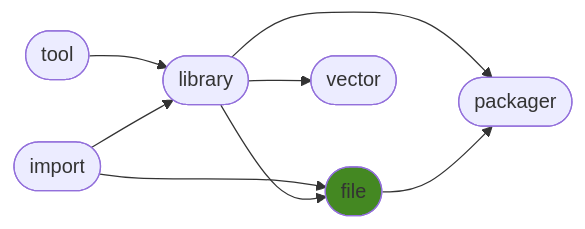
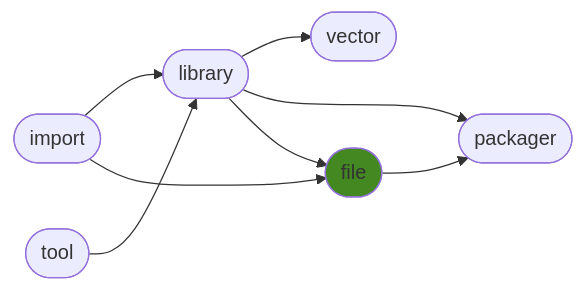
The diagram in README.md (ManderaGeneral/generalfile), drawn with Mermaid before and after one commit. The commit also changed other lines of this file, not shown here.

````diff
--- a/README.md
+++ b/README.md
@@ -24,17 +24,17 @@
 ```mermaid
 flowchart LR
-2([library]) --> 5([packager])
+3([file]) --> 5([packager])
 1([tool]) --> 2([library])
 2([library]) --> 4([vector])
+0([import]) --> 2([library])
+2([library]) --> 5([packager])
+2([library]) --> 3([file])
 0([import]) --> 3([file])
-2([library]) --> 3([file])
-3([file]) --> 5([packager])
-0([import]) --> 2([library])
 click 0 "https://github.com/ManderaGeneral/generalimport"
 click 1 "https://github.com/ManderaGeneral/generaltool"
 click 2 "https://github.com/ManderaGeneral/generallibrary"
 click 3 "https://github.com/ManderaGeneral/generalfile"
 click 4 "https://github.com/ManderaGeneral/generalvector"
 click 5 "https://github.com/ManderaGeneral/generalpackager"
 style 3 fill:#482
 ```
````
